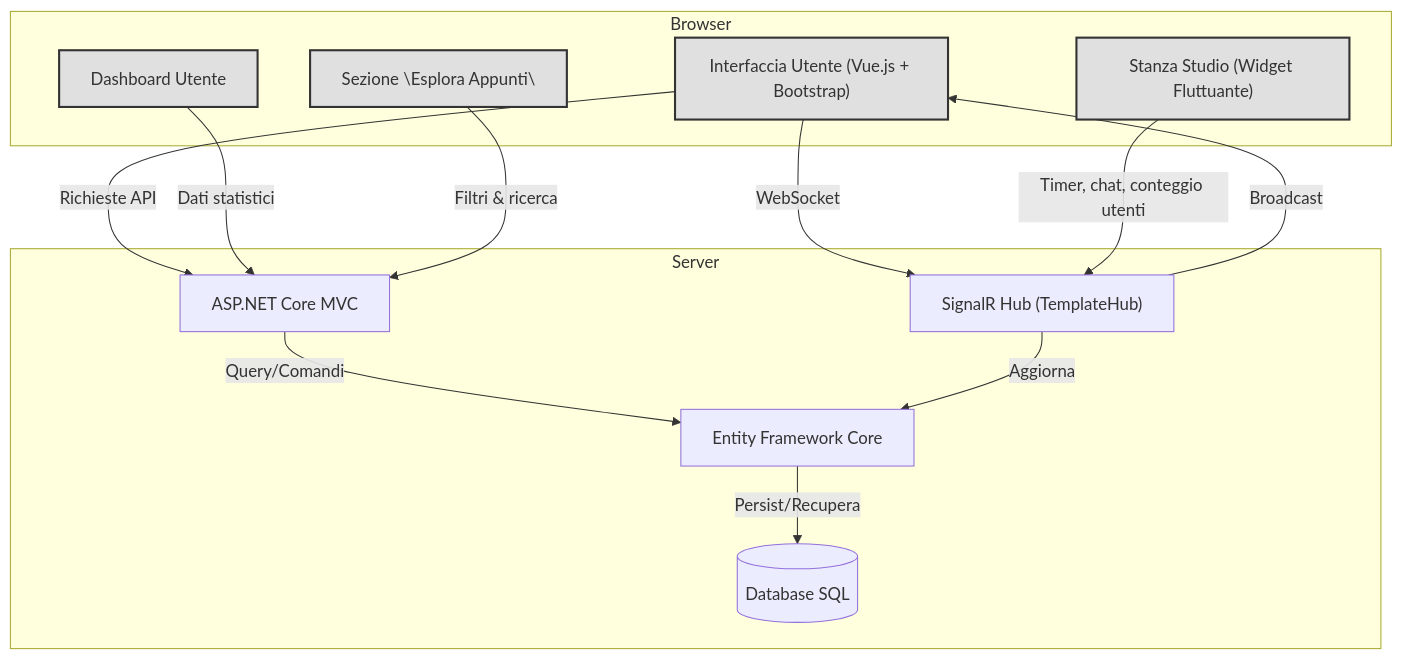
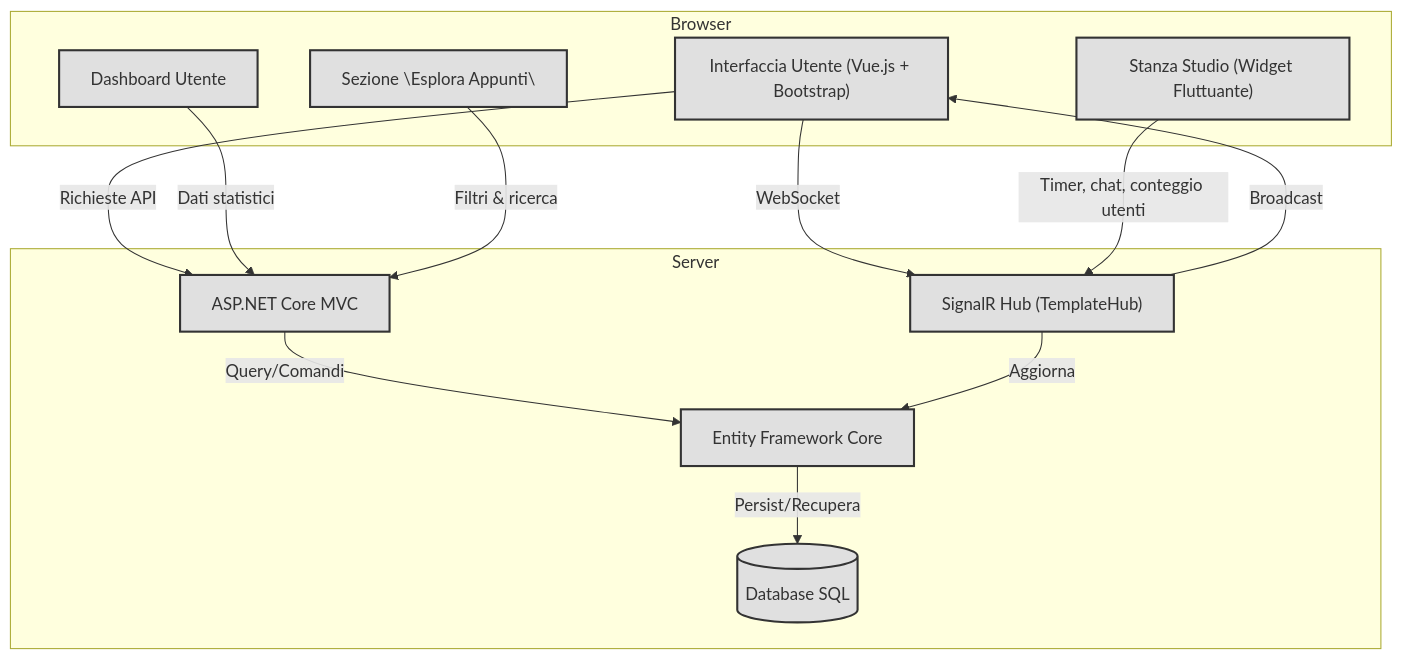
Before and after one commit to matteoaloe2004/SyncStudio_Laboratorio_Uomo_Macchina_2025-26: the diagram in README.md, drawn with Mermaid.

Commit message:
fixing readme 2.1

````diff
--- a/README.md
+++ b/README.md
@@ -37,30 +37,30 @@
 ```mermaid
 flowchart TD
     subgraph Browser
         UI["Interfaccia Utente (Vue.js + Bootstrap)"]
         Dashboard["Dashboard Utente"]
         Explore["Sezione \"Esplora Appunti\""]
         Room["Stanza Studio (Widget Fluttuante)"]
     end
     subgraph Server
         MVC["ASP.NET Core MVC"]
         Hub["SignalR Hub (TemplateHub)"]
         EF["Entity Framework Core"]
         DB[("Database SQL")]
     end
     
     UI -->|"Richieste API"| MVC
     MVC -->|"Query/Comandi"| EF
     EF -->|"Persist/Recupera"| DB
     
     UI -->|"WebSocket"| Hub
     Hub -->|"Broadcast"| UI
     Hub -->|"Aggiorna"| EF
     
     Dashboard -->|"Dati statistici"| MVC
     Explore -->|"Filtri & ricerca"| MVC
     Room -->|"Timer, chat, conteggio utenti"| Hub
     
     classDef external fill:#e0e0e0,stroke:#333,stroke-width:2px;
-    class UI,Dashboard,Explore,Room external;
+    class UI,Dashboard,Explore,Room,MVC,Hub,EF,DB external;
 ```
````
